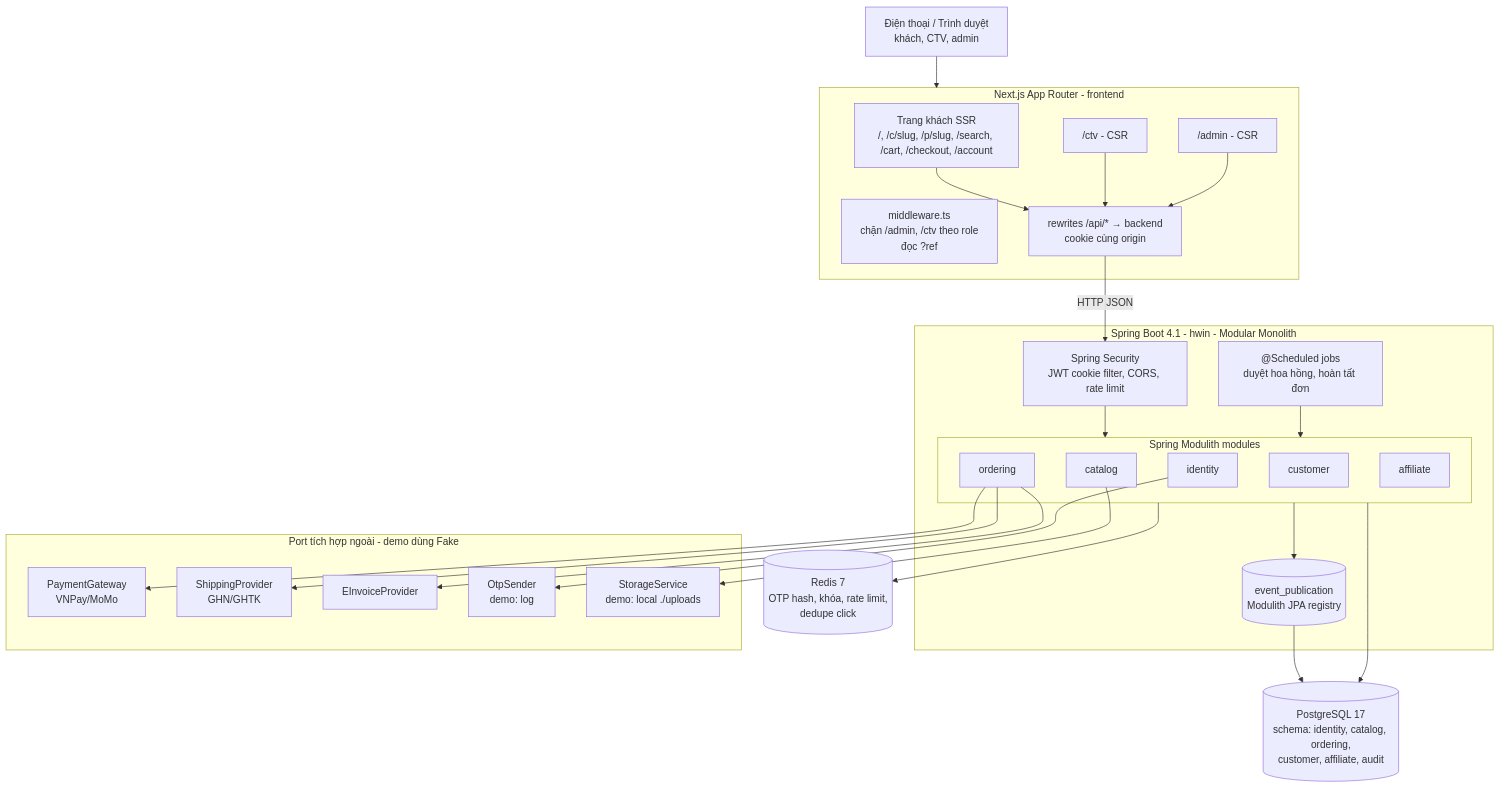
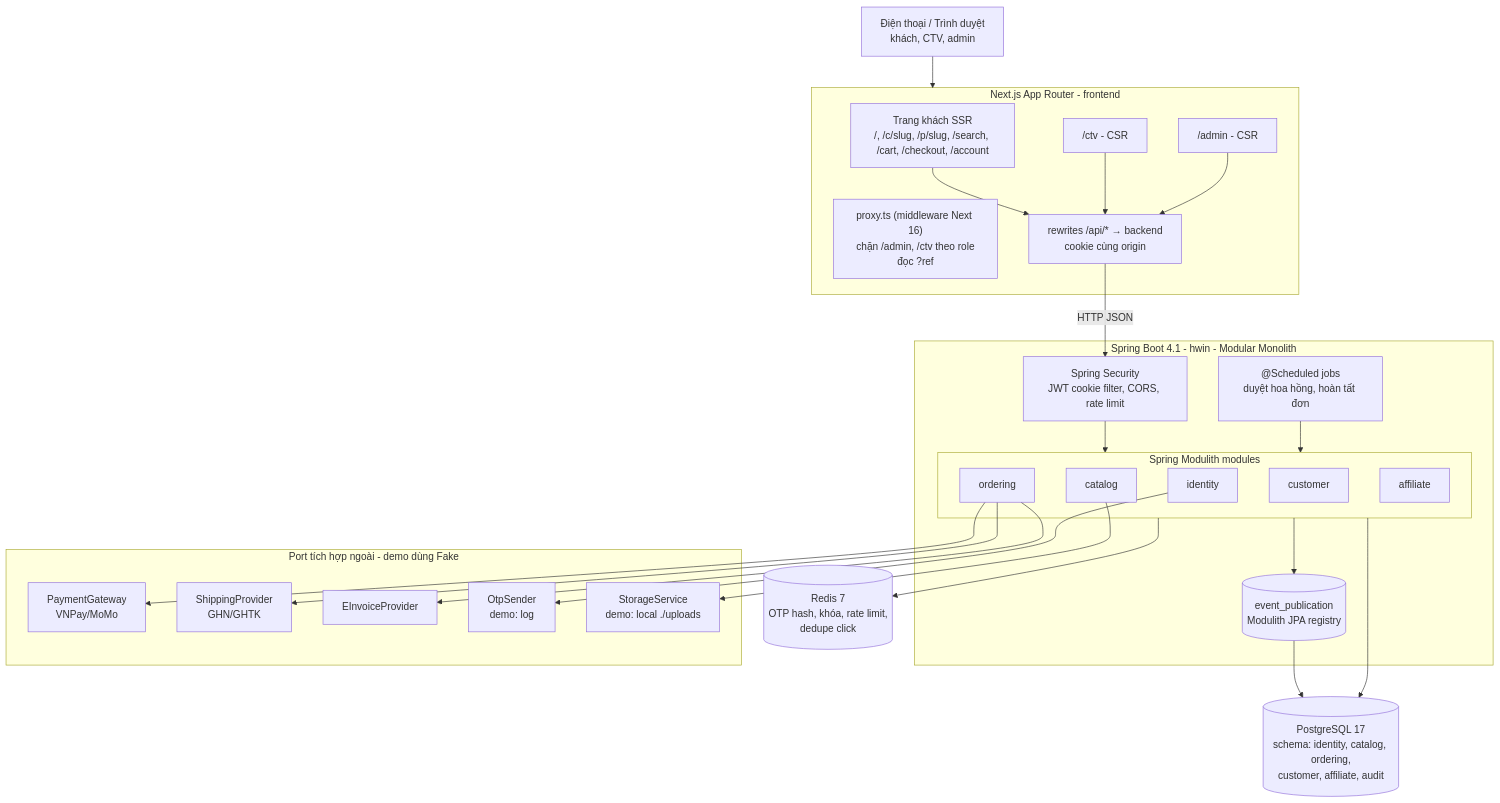
Before and after one commit to Vietnguyen203/Hwingroupweb: the second of 2 diagrams in docs/01-system-design.md, drawn with Mermaid. The commit also changed other lines of this file and 170 other files, not shown here.

````diff
--- a/docs/01-system-design.md
+++ b/docs/01-system-design.md
@@ -134,53 +134,53 @@
 ```mermaid
 flowchart TB
     U["Điện thoại / Trình duyệt<br/>khách, CTV, admin"]
 
     subgraph FE[Next.js App Router - frontend]
         SSR["Trang khách SSR<br/>/, /c/slug, /p/slug, /search, /cart, /checkout, /account"]
         CTV["/ctv - CSR"]
         ADM["/admin - CSR"]
-        MW["middleware.ts<br/>chặn /admin, /ctv theo role<br/>đọc ?ref"]
+        MW["proxy.ts (middleware Next 16)<br/>chặn /admin, /ctv theo role<br/>đọc ?ref"]
         RW["rewrites /api/* → backend<br/>cookie cùng origin"]
     end
 
     subgraph BE[Spring Boot 4.1 - hwin - Modular Monolith]
         SEC["Spring Security<br/>JWT cookie filter, CORS, rate limit"]
         subgraph MODS[Spring Modulith modules]
             I[identity]
             C[catalog]
             O[ordering]
             CU[customer]
             A[affiliate]
         end
         EV[("event_publication<br/>Modulith JPA registry")]
         JOB["@Scheduled jobs<br/>duyệt hoa hồng, hoàn tất đơn"]
     end
 
     PG[("PostgreSQL 17<br/>schema: identity, catalog, ordering,<br/>customer, affiliate, audit")]
     RD[("Redis 7<br/>OTP hash, khóa, rate limit,<br/>dedupe click")]
 
     subgraph PORTS[Port tích hợp ngoài - demo dùng Fake]
         P1["PaymentGateway<br/>VNPay/MoMo"]
         P2["ShippingProvider<br/>GHN/GHTK"]
         P3[EInvoiceProvider]
         P4["OtpSender<br/>demo: log"]
         P5["StorageService<br/>demo: local ./uploads"]
     end
 
     U --> FE
     SSR --> RW
     CTV --> RW
     ADM --> RW
     RW -->|HTTP JSON| SEC
     SEC --> MODS
     MODS --> PG
     MODS --> RD
     MODS --> EV
     EV --> PG
     JOB --> MODS
     O --> P1
     O --> P2
     O --> P3
     I --> P4
     C --> P5
 ```
````
